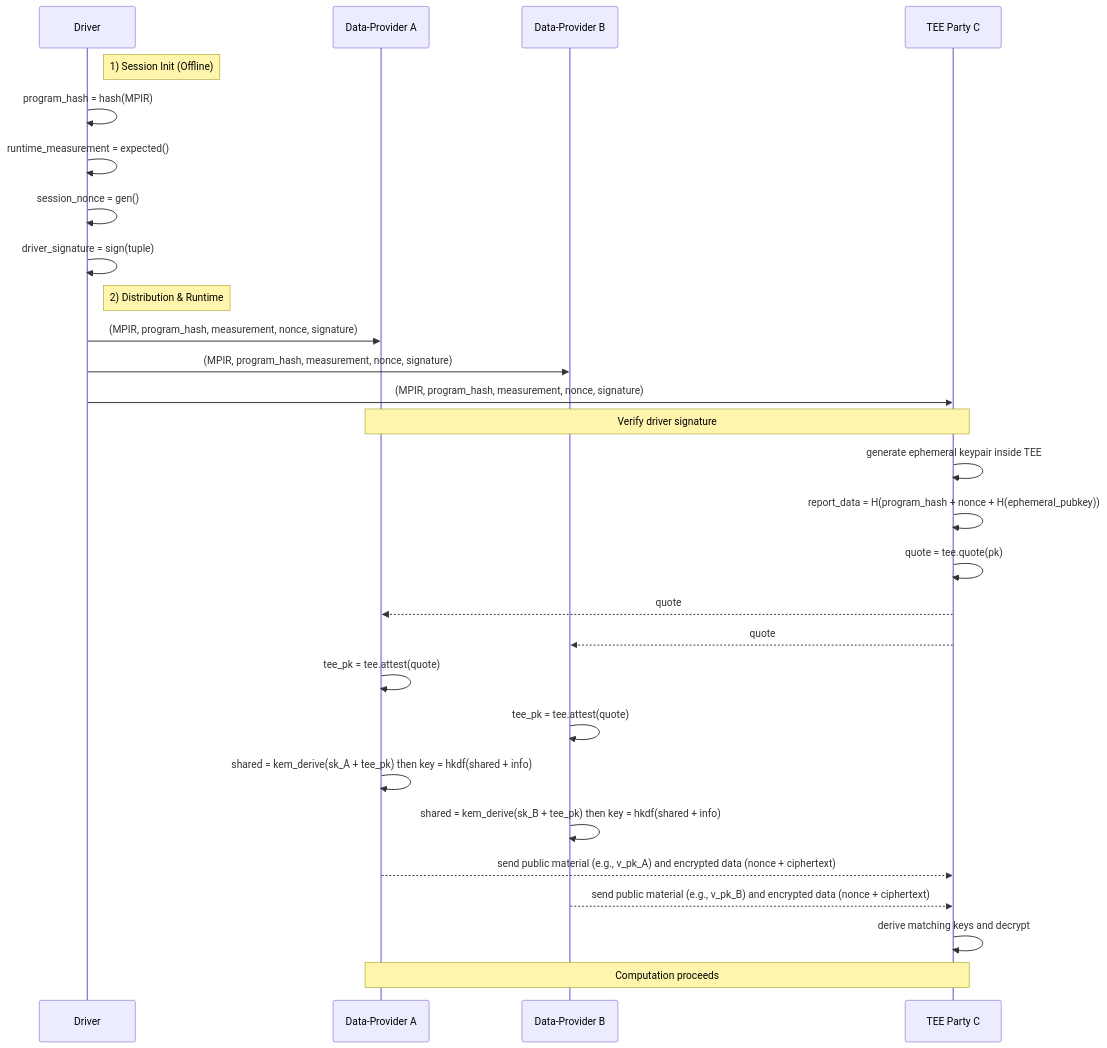
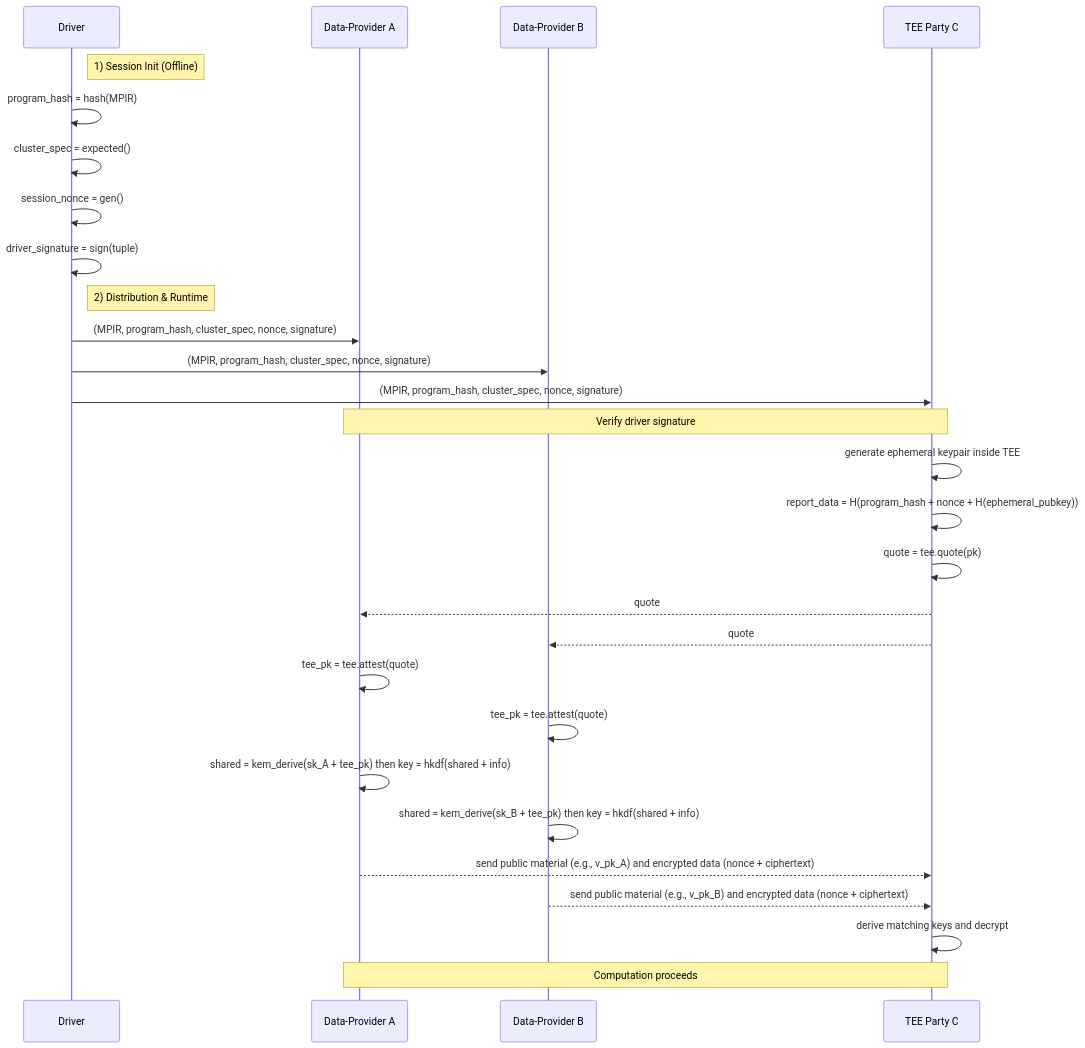
Before and after one commit to secretflow/mplang: the diagram in design/tee_design.md, drawn with Mermaid. The commit also changed other lines of this file, not shown here.

````diff
--- a/design/tee_design.md
+++ b/design/tee_design.md
@@ -124,38 +122,38 @@
 ```mermaid
 sequenceDiagram
   participant Driver
   participant A as Data-Provider A
   participant B as Data-Provider B
   participant C as TEE Party C
 
   note right of Driver: 1) Session Init (Offline)
   Driver->>Driver: program_hash = hash(MPIR)
-  Driver->>Driver: runtime_measurement = expected()
+  Driver->>Driver: cluster_spec = expected()
   Driver->>Driver: session_nonce = gen()
   Driver->>Driver: driver_signature = sign(tuple)
 
   note right of Driver: 2) Distribution & Runtime
-  Driver->>A: (MPIR, program_hash, measurement, nonce, signature)
-  Driver->>B: (MPIR, program_hash, measurement, nonce, signature)
-  Driver->>C: (MPIR, program_hash, measurement, nonce, signature)
+  Driver->>A: (MPIR, program_hash, cluster_spec, nonce, signature)
+  Driver->>B: (MPIR, program_hash, cluster_spec, nonce, signature)
+  Driver->>C: (MPIR, program_hash, cluster_spec, nonce, signature)
 
   note over A, C: Verify driver signature
 
   C->>C: generate ephemeral keypair inside TEE
   C->>C: report_data = H(program_hash + nonce + H(ephemeral_pubkey))
   C->>C: quote = tee.quote(pk)
 
   C-->>A: quote
   C-->>B: quote
 
   A->>A: tee_pk = tee.attest(quote)
   B->>B: tee_pk = tee.attest(quote)
 
   A->>A: shared = kem_derive(sk_A + tee_pk) then key = hkdf(shared + info)
   B->>B: shared = kem_derive(sk_B + tee_pk) then key = hkdf(shared + info)
   A-->>C: send public material (e.g., v_pk_A) and encrypted data (nonce + ciphertext)
   B-->>C: send public material (e.g., v_pk_B) and encrypted data (nonce + ciphertext)
   C->>C: derive matching keys and decrypt
 
   note over A, C: Computation proceeds
 ```
````
